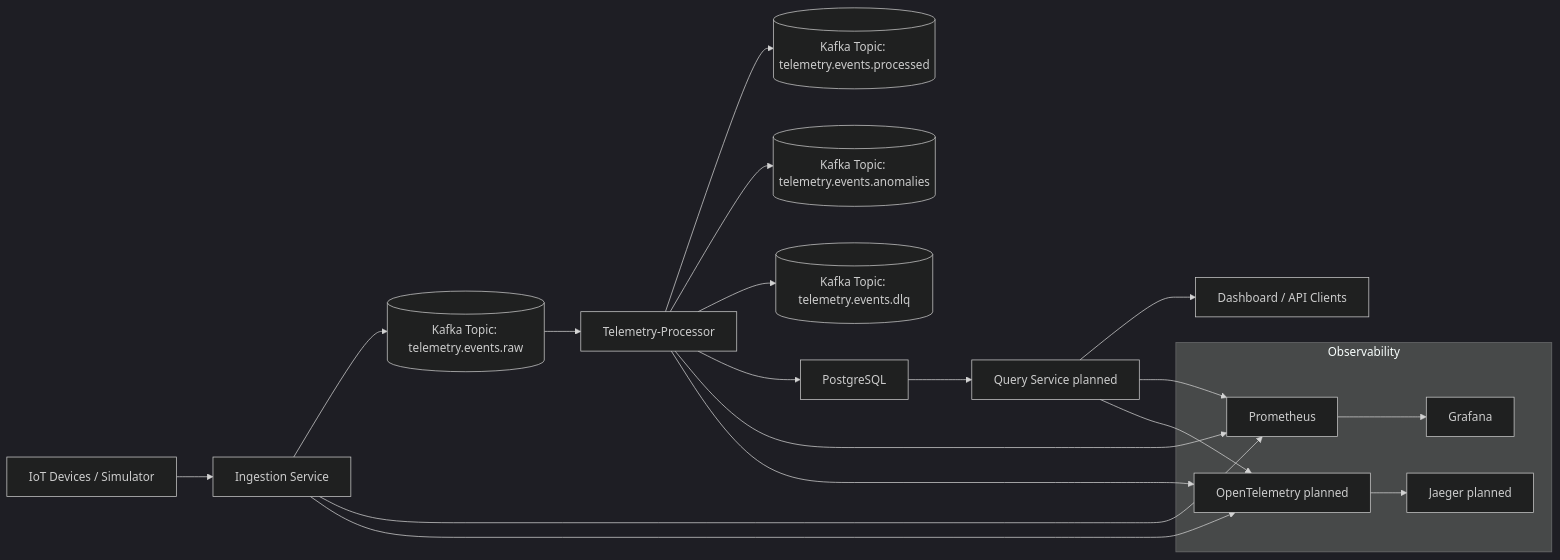
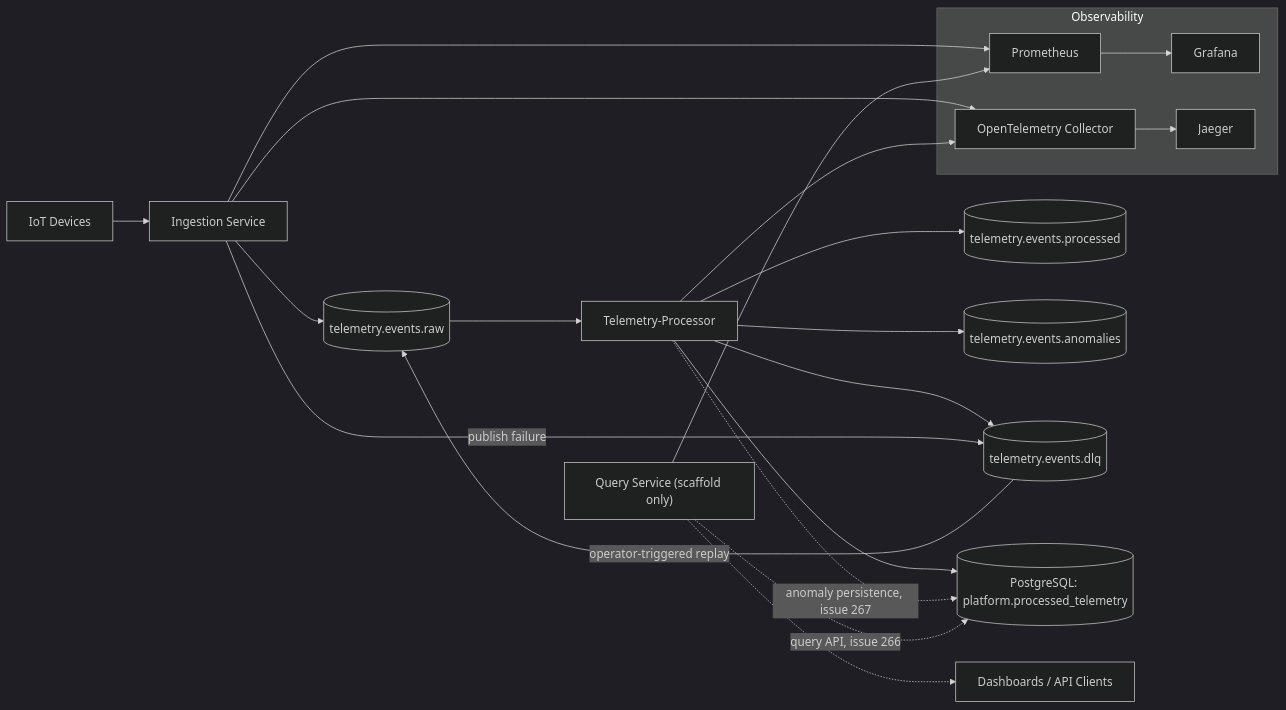
One commit to ME-Massine/pulsestream changed the diagram in docs/diagrams/system-architecture.md. Above: the diagram before and after it, drawn with Mermaid (dark theme). The commit also changed other lines of this file and 14 other files, not shown here.

First line of the commit message:
docs: synchronize project state, roadmap, and diagrams (#261)

````diff
--- a/docs/diagrams/system-architecture.md
+++ b/docs/diagrams/system-architecture.md
@@ -5,32 +7,32 @@
 ```mermaid
 flowchart LR
-    A[IoT Devices / Simulator] --> B[Ingestion Service]
-    B --> T1[(Kafka Topic: telemetry.events.raw)]
+    A[IoT Devices] --> B[Ingestion Service]
+    B --> T1[(telemetry.events.raw)]
 
     T1 --> C[Telemetry-Processor]
-    C --> T2[(Kafka Topic: telemetry.events.processed )]
-    C --> T3[(Kafka Topic: telemetry.events.anomalies)]
-    C --> T4[(Kafka Topic: telemetry.events.dlq)]
+    C --> T2[(telemetry.events.processed)]
+    C --> T3[(telemetry.events.anomalies)]
+    C --> T4[(telemetry.events.dlq)]
+    B -- publish failure --> T4
+    T4 -- operator-triggered replay --> T1
 
-    C --> D[PostgreSQL]
-    D --> E[Query Service planned]
-    E --> F[Dashboard / API Clients]
+    C --> D[(PostgreSQL: platform.processed_telemetry)]
+    C -. anomaly persistence, issue 267 .-> D
+
+    E["Query Service (scaffold only)"] -. query API, issue 266 .-> D
+    E -.-> F[Dashboards / API Clients]
 
     subgraph Observability
         P[Prometheus]
         G[Grafana]
-        O[OpenTelemetry planned]
-        J[Jaeger planned]
+        O[OpenTelemetry Collector]
+        J[Jaeger]
     end
 
     B --> P
-    C --> P
     E --> P
-
     B --> O
     C --> O
-    E --> O
-
     P --> G
     O --> J
 ```
````
